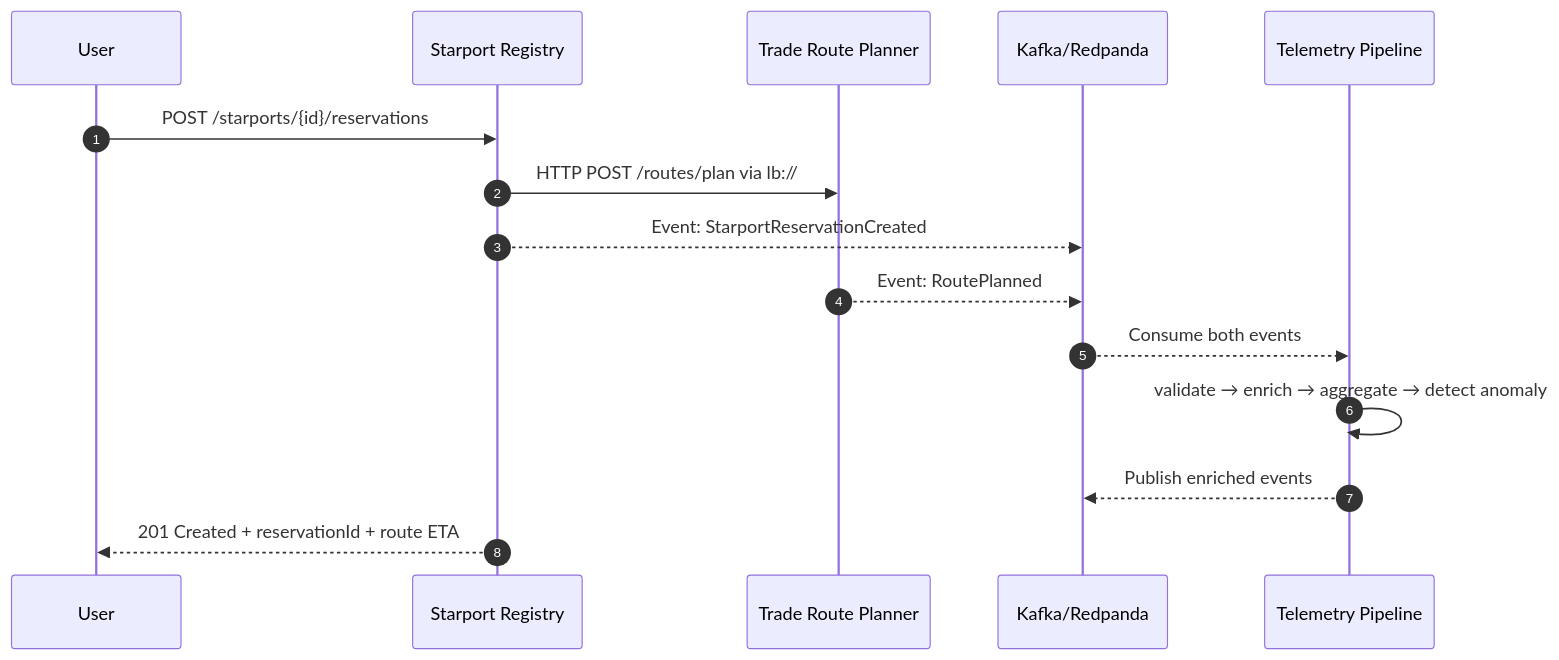
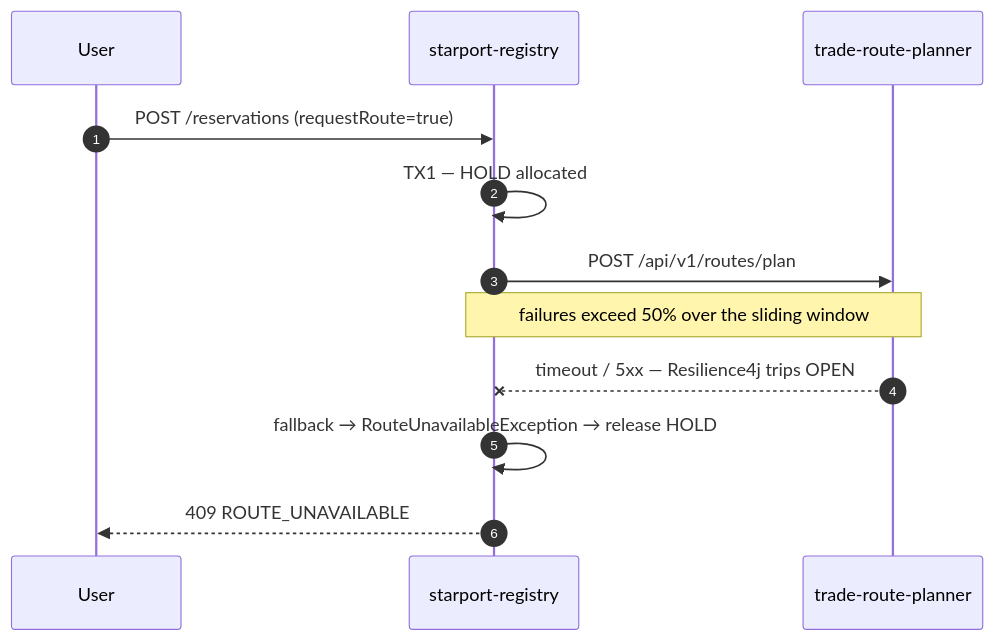
One commit to stepniewskirafal/MicroservicesFleet changed the third of 5 diagrams in README.md. Above: the diagram before and after it, drawn with Mermaid. The commit also changed other lines of this file and 117 other files, not shown here.

````diff
--- a/README.md
+++ b/README.md
@@ -354,18 +226,15 @@
 ```mermaid
 sequenceDiagram
     autonumber
     participant U as User
-    participant A as Starport Registry
-    participant B as Trade Route Planner
-    participant K as Kafka/Redpanda
-    participant C as Telemetry Pipeline
+    participant A as starport-registry
+    participant B as trade-route-planner
 
-    U->>A: POST /starports/{id}/reservations
-    A->>B: HTTP POST /routes/plan via lb://
-    A-->>K: Event: StarportReservationCreated
-    B-->>K: Event: RoutePlanned
-    K-->>C: Consume both events
-    C->>C: validate → enrich → aggregate → detect anomaly
-    C-->>K: Publish enriched events
-    A-->>U: 201 Created + reservationId + route ETA
+    U->>A: POST /reservations (requestRoute=true)
+    A->>A: TX1 — HOLD allocated
+    A->>B: POST /api/v1/routes/plan
+    Note over A,B: failures exceed 50% over the sliding window
+    B--xA: timeout / 5xx — Resilience4j trips OPEN
+    A->>A: fallback → RouteUnavailableException → release HOLD
+    A-->>U: 409 ROUTE_UNAVAILABLE
 ```
````
